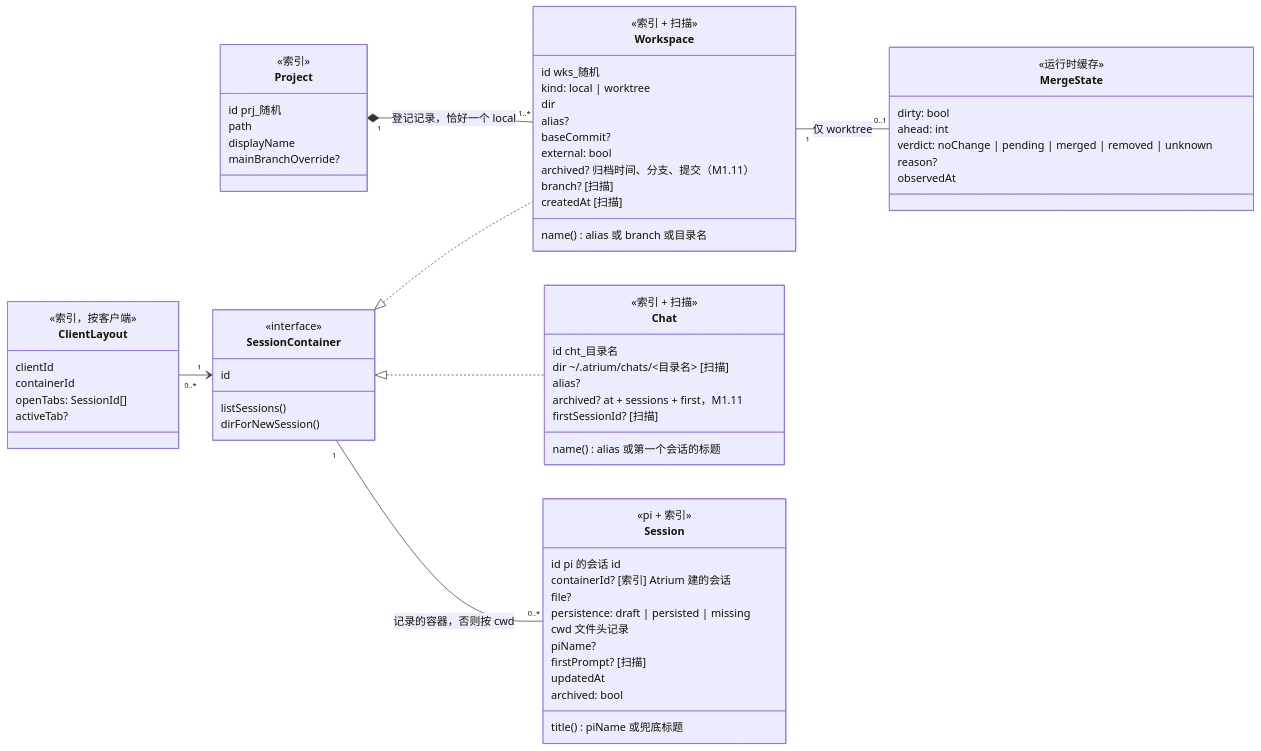
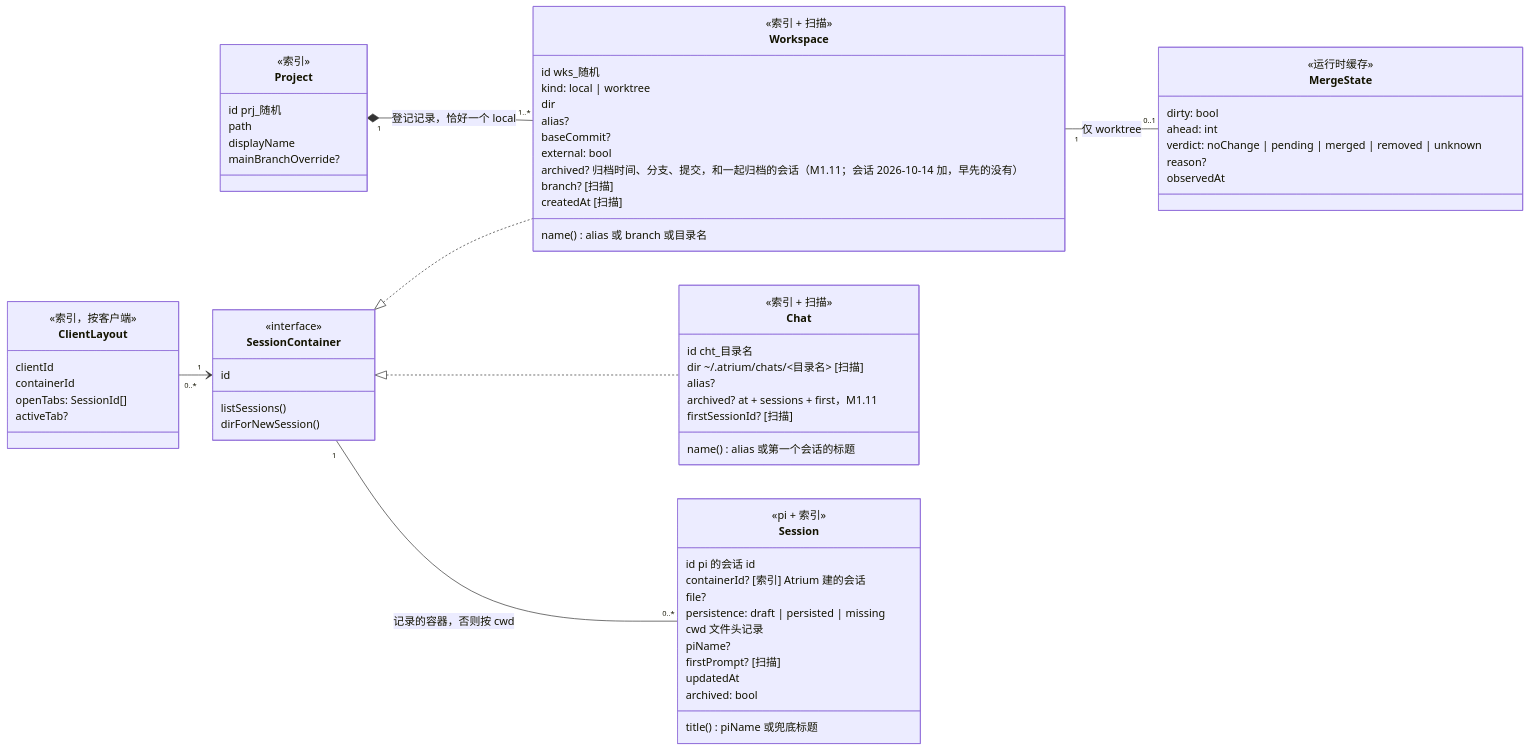
Before and after one commit to Wan-Kai/atrium: the first of 7 diagrams in docs/architecture/domain-model.md, drawn with Mermaid. The commit also changed 11 other files, not shown here.

````diff
--- a/docs/architecture/domain-model.md
+++ b/docs/architecture/domain-model.md
@@ -25,74 +25,74 @@
 ```mermaid
 classDiagram
     direction LR
     class Project {
       <<索引>>
       id  prj_随机
       path
       displayName
       mainBranchOverride?
     }
     class Workspace {
       <<索引 + 扫描>>
       id  wks_随机
       kind: local | worktree
       dir
       alias?
       baseCommit?
       external: bool
-      archived?  归档时间、分支、提交（M1.11）
+      archived?  归档时间、分支、提交，和一起归档的会话（M1.11；会话 2026-10-14 加，早先的没有）
       branch?  [扫描]
       createdAt  [扫描]
       name()  alias 或 branch 或目录名
     }
     class Chat {
       <<索引 + 扫描>>
       id  cht_目录名
       dir  ~/.atrium/chats/<目录名>  [扫描]
       alias?
       archived?  at + sessions + first，M1.11
       firstSessionId?  [扫描]
       name()  alias 或第一个会话的标题
     }
     class SessionContainer {
       <<interface>>
       id
       listSessions()
       dirForNewSession()
     }
     class Session {
       <<pi + 索引>>
       id  pi 的会话 id
       containerId?  [索引] Atrium 建的会话
       file?
       persistence: draft | persisted | missing
       cwd  文件头记录
       piName?
       firstPrompt?  [扫描]
       updatedAt
       archived: bool
       title()  piName 或兜底标题
     }
     class MergeState {
       <<运行时缓存>>
       dirty: bool
       ahead: int
       verdict: noChange | pending | merged | removed | unknown
       reason?
       observedAt
     }
     class ClientLayout {
       <<索引，按客户端>>
       clientId
       containerId
       openTabs: SessionId[]
       activeTab?
     }
 
     Project "1" *-- "1..*" Workspace : 登记记录，恰好一个 local
     SessionContainer <|.. Workspace
     SessionContainer <|.. Chat
     SessionContainer "1" -- "0..*" Session : 记录的容器，否则按 cwd
     Workspace "1" -- "0..1" MergeState : 仅 worktree
     ClientLayout "0..*" --> "1" SessionContainer
 ```
````
